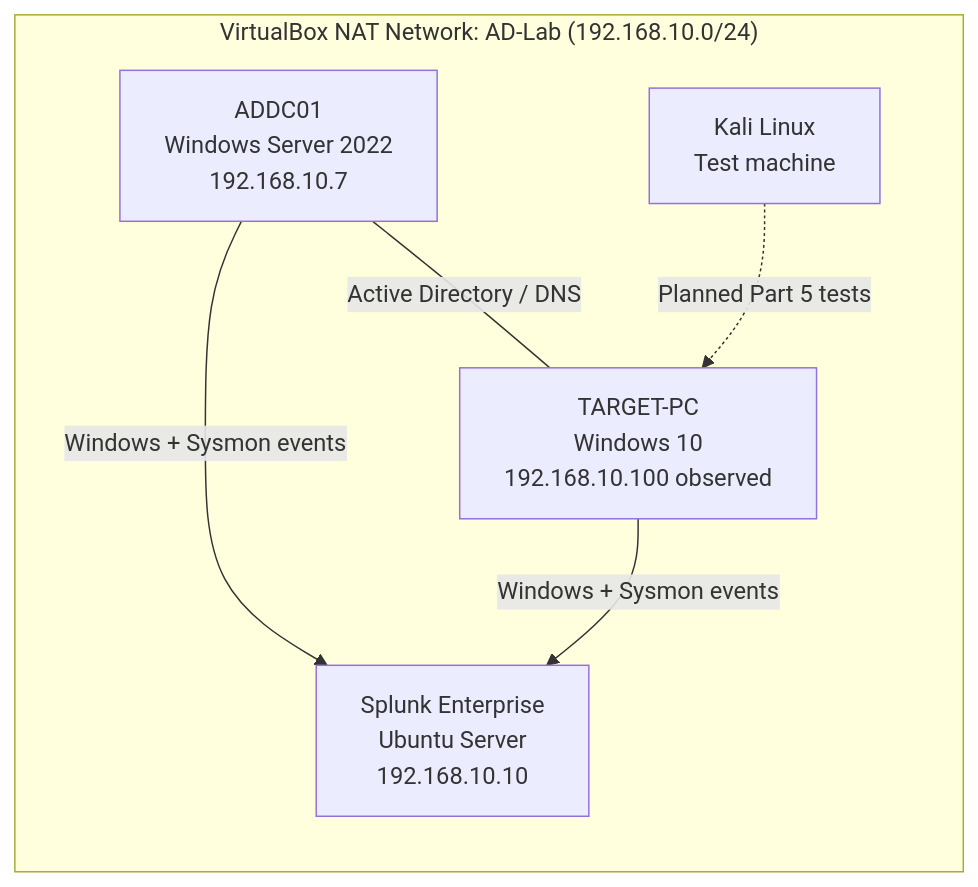
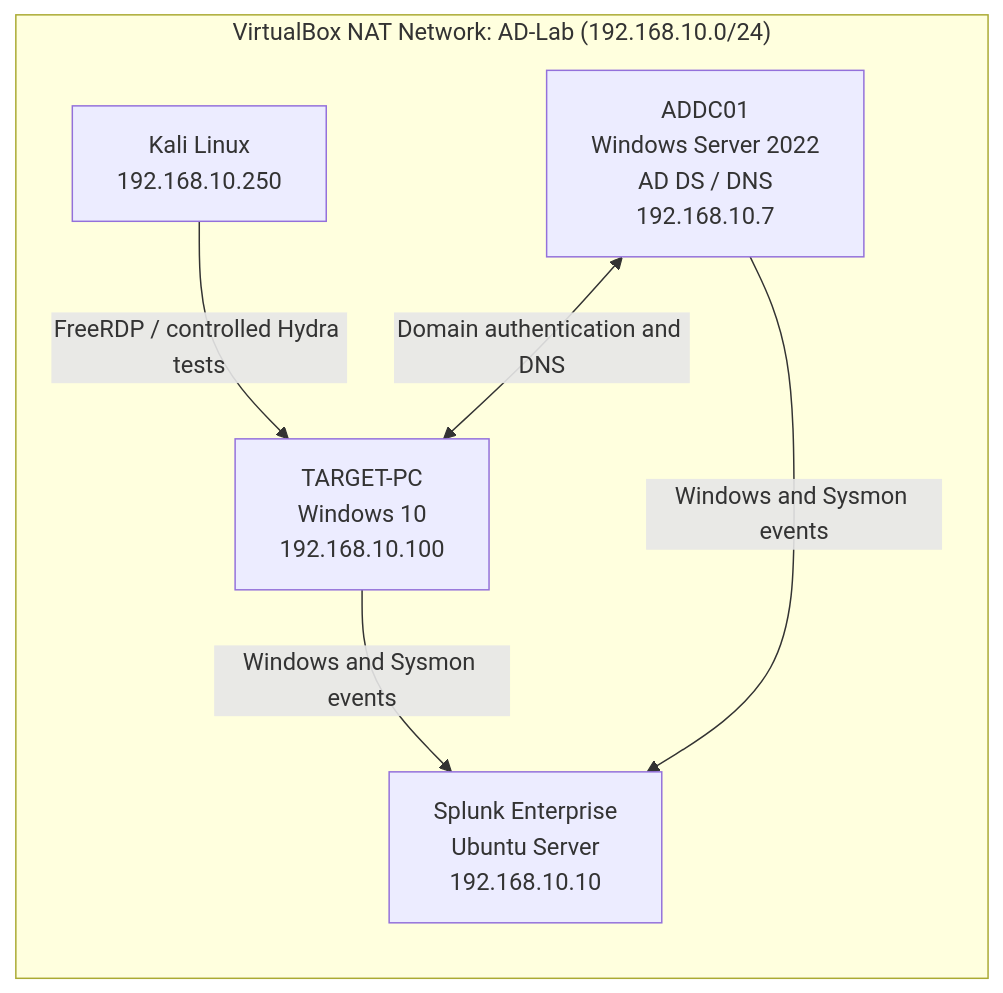
Before and after one commit to dipsongurung016/Active-Directory-Detection-Lab: the diagram in README.md, drawn with Mermaid. The commit also changed other lines of this file, not shown here.

````diff
--- a/README.md
+++ b/README.md
@@ -15,13 +28,13 @@
 ```mermaid
 flowchart LR
     subgraph LAB["VirtualBox NAT Network: AD-Lab (192.168.10.0/24)"]
-        K["Kali Linux<br/>Test machine"]
-        DC["ADDC01<br/>Windows Server 2022<br/>192.168.10.7"]
-        PC["TARGET-PC<br/>Windows 10<br/>192.168.10.100 observed"]
+        K["Kali Linux<br/>192.168.10.250"]
+        DC["ADDC01<br/>Windows Server 2022<br/>AD DS / DNS<br/>192.168.10.7"]
+        PC["TARGET-PC<br/>Windows 10<br/>192.168.10.100"]
         S["Splunk Enterprise<br/>Ubuntu Server<br/>192.168.10.10"]
     end
-    DC ---|"Active Directory / DNS"| PC
-    DC -->|"Windows + Sysmon events"| S
-    PC -->|"Windows + Sysmon events"| S
-    K -.->|"Planned Part 5 tests"| PC
+    K -->|"FreeRDP / controlled Hydra tests"| PC
+    DC <-->|"Domain authentication and DNS"| PC
+    DC -->|"Windows and Sysmon events"| S
+    PC -->|"Windows and Sysmon events"| S
 ```
````
